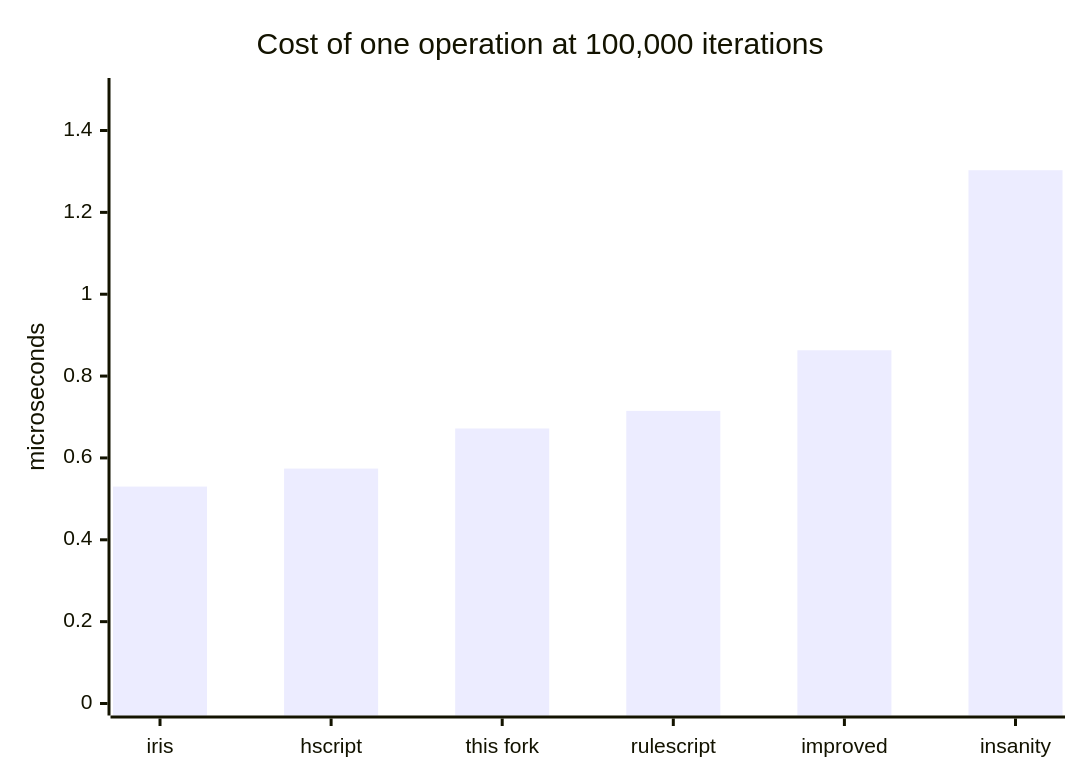
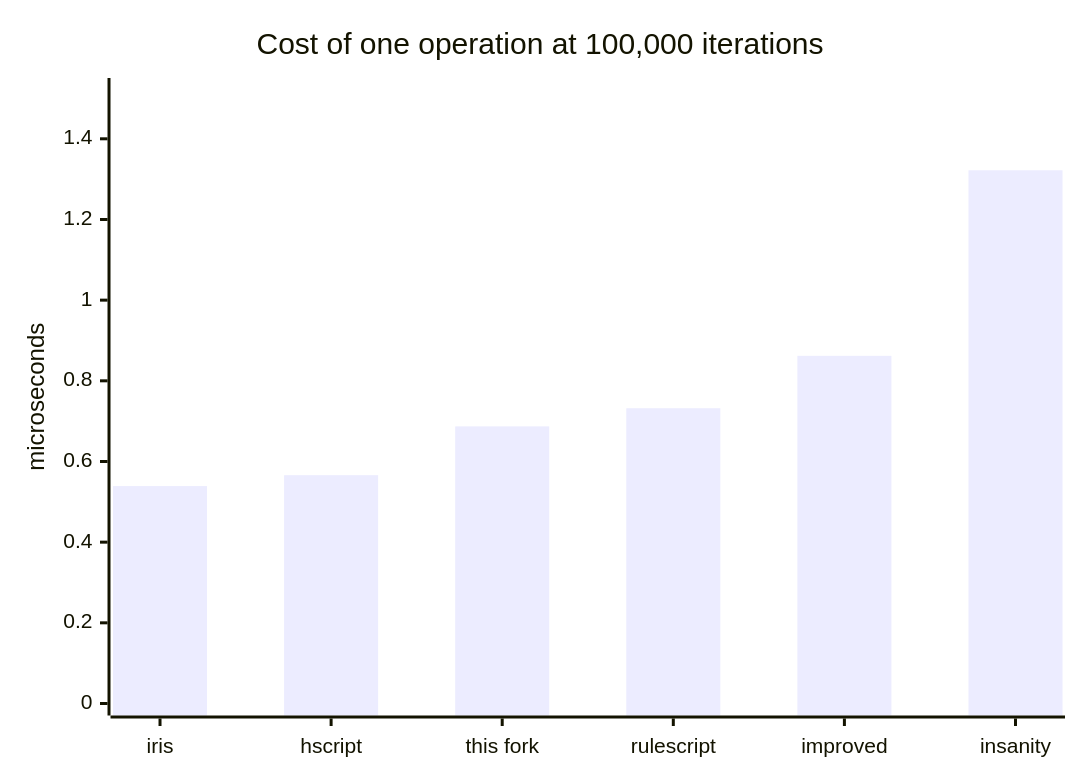
Before and after one commit to MeguminBOT/hscript-insanity: the first of 2 diagrams in docs/benchmarks.md, drawn with Mermaid. The commit also changed other lines of this file and 1 other file, not shown here.

````diff
--- a/docs/benchmarks.md
+++ b/docs/benchmarks.md
@@ -145,7 +145,7 @@
 ```mermaid
 xychart-beta
     title "Cost of one operation at 100,000 iterations"
     x-axis ["iris", "hscript", "this fork", "rulescript", "improved", "insanity"]
-    y-axis "microseconds" 0 --> 1.499
-    bar [0.530, 0.574, 0.672, 0.715, 0.863, 1.303]
+    y-axis "microseconds" 0 --> 1.521
+    bar [0.539, 0.566, 0.687, 0.732, 0.862, 1.322]
 ```
````
